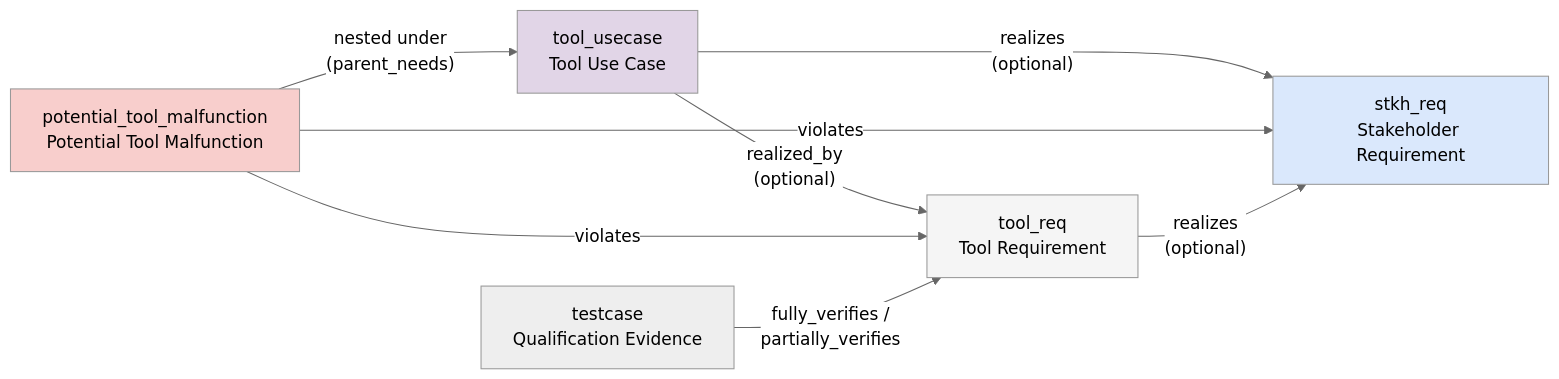
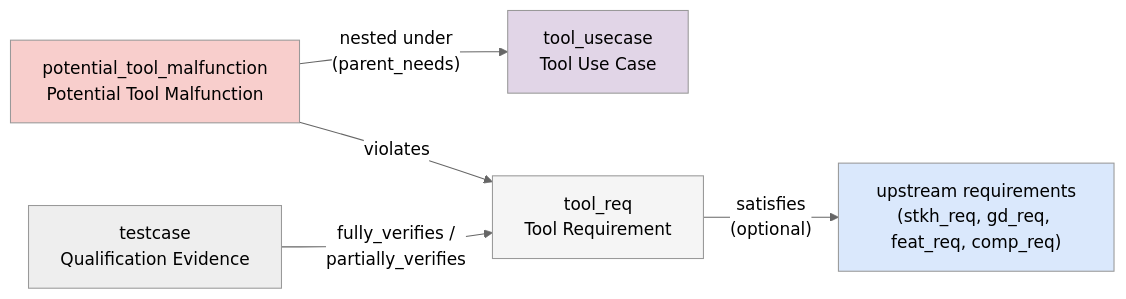
One commit to etas-contrib/score_docs-as-code changed the first of 15 diagrams in docs/how-to/perform_tool_verification.md. Above: the diagram before and after it, drawn with Mermaid (neutral theme). The commit also changed other lines of this file and 7 other files, not shown here.

````diff
--- a/docs/how-to/perform_tool_verification.md
+++ b/docs/how-to/perform_tool_verification.md
@@ -51,24 +52,20 @@
 ```{mermaid}
 flowchart LR
     UC["tool_usecase<br/>Tool Use Case"]
     PM["potential_tool_malfunction<br/>Potential Tool Malfunction"]
 
-    STKH["stkh_req<br/>Stakeholder Requirement"]
+    UP["upstream requirements<br/>(stkh_req, gd_req, feat_req, comp_req)"]
     TR["tool_req<br/>Tool Requirement"]
     TC["testcase<br/>Qualification Evidence"]
 
-    UC -->|"realizes<br/>(optional)"| STKH
-    UC -->|"realized_by<br/>(optional)"| TR
-
     PM -->|"nested under<br/>(parent_needs)"| UC
-    PM -->|"violates"| STKH
     PM -->|"violates"| TR
 
+    TR -->|"satisfies<br/>(optional)"| UP
     TC -->|"fully_verifies /<br/>partially_verifies"| TR
-    TR -->|"realizes<br/>(optional)"| STKH
 
     style UC fill:#E1D5E7
     style PM fill:#F8CECC
-    style STKH fill:#DAE8FC
+    style UP fill:#DAE8FC
     style TR fill:#F5F5F5
 ```
````
